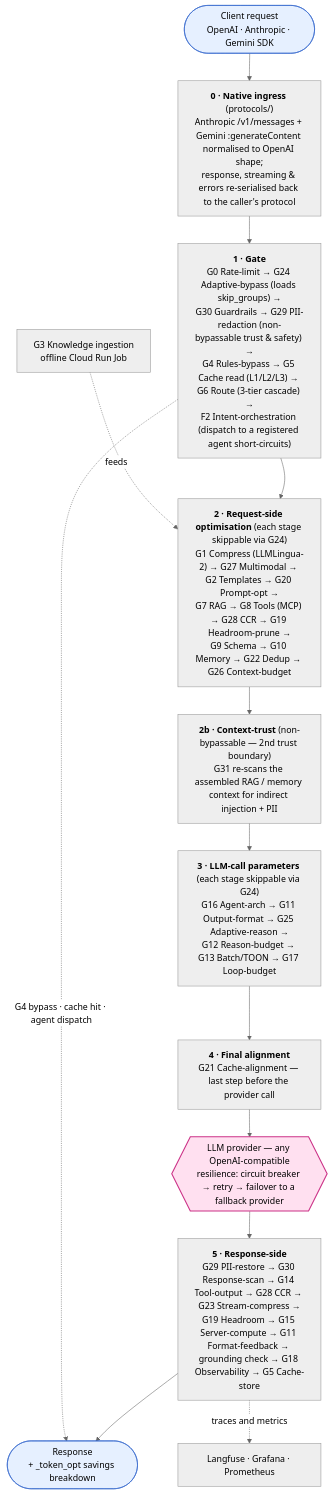
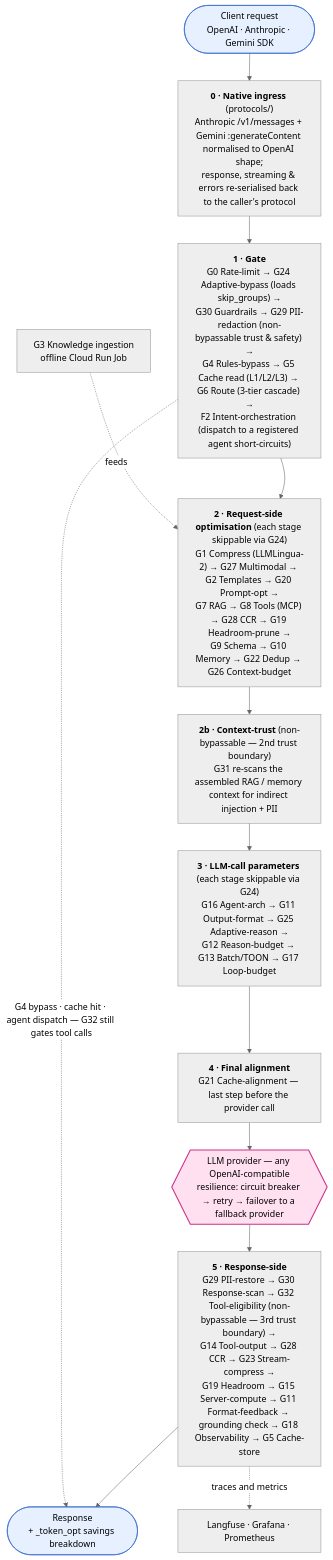
The diagram in README.md (sumitdevgupto/TokenLean), drawn with Mermaid (neutral theme) before and after one commit. The commit also changed other lines of this file, not shown here.

First line of the commit message:
docs(README): add G32 to the mermaid flow diagram + correct the short-circuit path [skip-relnotes] [skip-tests]

````diff
--- a/README.md
+++ b/README.md
@@ -228,52 +228,53 @@
 ```mermaid
 flowchart TB
     Req(["`Client request
     OpenAI · Anthropic · Gemini SDK`"])
 
     Ingress["`**0 · Native ingress** (protocols/)
     Anthropic /v1/messages + Gemini :generateContent normalised to OpenAI shape;
     response, streaming & errors re-serialised back to the caller's protocol`"]
 
     Gate["`**1 · Gate**
     G0 Rate-limit → G24 Adaptive-bypass (loads skip_groups) →
     G30 Guardrails → G29 PII-redaction (non-bypassable trust & safety) →
     G4 Rules-bypass → G5 Cache read (L1/L2/L3) → G6 Route (3-tier cascade) →
     F2 Intent-orchestration (dispatch to a registered agent short-circuits)`"]
 
     ReqOpt["`**2 · Request-side optimisation** (each stage skippable via G24)
     G1 Compress (LLMLingua-2) → G27 Multimodal → G2 Templates → G20 Prompt-opt →
     G7 RAG → G8 Tools (MCP) → G28 CCR → G19 Headroom-prune →
     G9 Schema → G10 Memory → G22 Dedup → G26 Context-budget`"]
 
     CtxTrust["`**2b · Context-trust** (non-bypassable — 2nd trust boundary)
     G31 re-scans the assembled RAG / memory context for indirect injection + PII`"]
 
     Params["`**3 · LLM-call parameters** (each stage skippable via G24)
     G16 Agent-arch → G11 Output-format → G25 Adaptive-reason →
     G12 Reason-budget → G13 Batch/TOON → G17 Loop-budget`"]
 
     Align["`**4 · Final alignment**
     G21 Cache-alignment — last step before the provider call`"]
 
     LLM{{"`LLM provider — any OpenAI-compatible
     resilience: circuit breaker → retry → failover to a fallback provider`"}}
 
     Resp2["`**5 · Response-side**
-    G29 PII-restore → G30 Response-scan → G14 Tool-output → G28 CCR → G23 Stream-compress →
+    G29 PII-restore → G30 Response-scan → G32 Tool-eligibility (non-bypassable — 3rd trust boundary) →
+    G14 Tool-output → G28 CCR → G23 Stream-compress →
     G19 Headroom → G15 Server-compute → G11 Format-feedback → grounding check → G18 Observability → G5 Cache-store`"]
 
     Out(["`Response
     + _token_opt savings breakdown`"])
 
     Req --> Ingress --> Gate --> ReqOpt --> CtxTrust --> Params --> Align --> LLM --> Resp2 --> Out
 
-    Gate -.->|G4 bypass · cache hit · agent dispatch| Out
+    Gate -.->|G4 bypass · cache hit · agent dispatch — G32 still gates tool calls| Out
     Ingest["`G3 Knowledge ingestion
     offline Cloud Run Job`"] -.->|feeds| ReqOpt
     Resp2 -.->|traces and metrics| Dash["Langfuse · Grafana · Prometheus"]
 
     classDef llm fill:#ffe0f0,stroke:#cc3388,stroke-width:2px;
     classDef io fill:#e6f0ff,stroke:#3366cc;
     class LLM llm;
     class Req,Out io;
 ```
````
